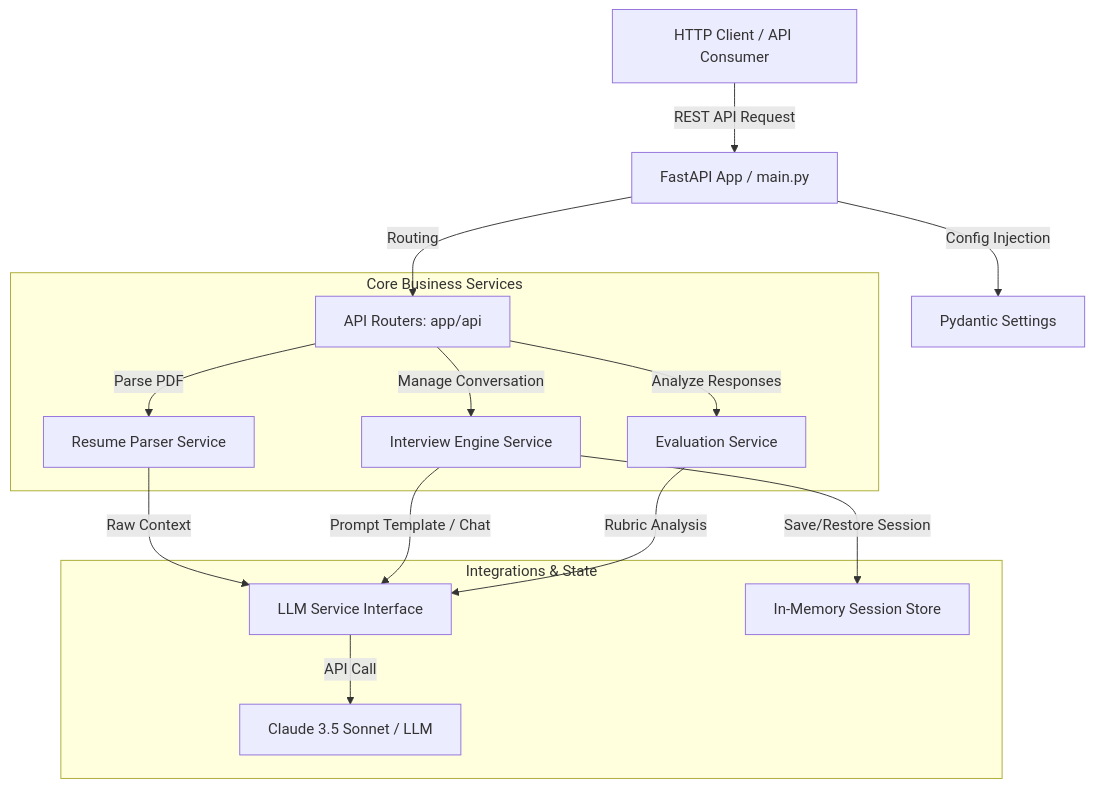
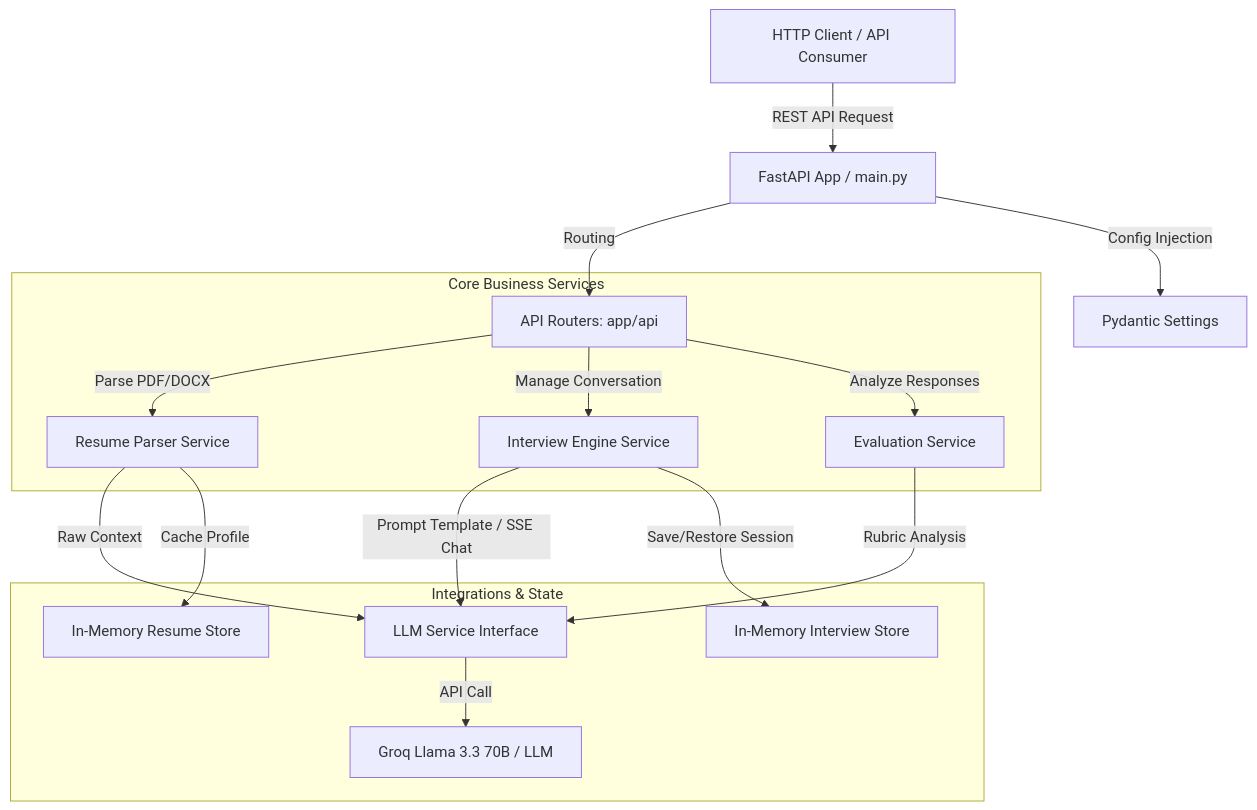
One commit to Samanyu-dev/stepsai changed the diagram in README.md. Above: the diagram before and after it, drawn with Mermaid. The commit also changed other lines of this file and 13 other files, not shown here.

Commit message:
feat : groq llama 3.3 stack with pdf/docs parsing

````diff
--- a/README.md
+++ b/README.md
@@ -46,23 +48,24 @@
 ```mermaid
 graph TD
     Client[HTTP Client / API Consumer] -->|REST API Request| FastAPI[FastAPI App / main.py]
     FastAPI -->|Routing| Routers[API Routers: app/api]
     
     subgraph "Core Business Services"
-        Routers -->|Parse PDF| Parser[Resume Parser Service]
+        Routers -->|Parse PDF/DOCX| Parser[Resume Parser Service]
         Routers -->|Manage Conversation| Engine[Interview Engine Service]
         Routers -->|Analyze Responses| Evaluator[Evaluation Service]
     end
     
     subgraph "Integrations & State"
         Parser -->|Raw Context| LLMService[LLM Service Interface]
-        Engine -->|Prompt Template / Chat| LLMService
+        Engine -->|Prompt Template / SSE Chat| LLMService
         Evaluator -->|Rubric Analysis| LLMService
         
-        LLMService -->|API Call| Claude[Claude 3.5 Sonnet / LLM]
+        LLMService -->|API Call| Groq[Groq Llama 3.3 70B / LLM]
         
-        Engine -->|Save/Restore Session| Store[In-Memory Session Store]
+        Parser -->|Cache Profile| ResumeStore[In-Memory Resume Store]
+        Engine -->|Save/Restore Session| Store[In-Memory Interview Store]
     end
     
     FastAPI -->|Config Injection| Settings[Pydantic Settings]
 ```
````
